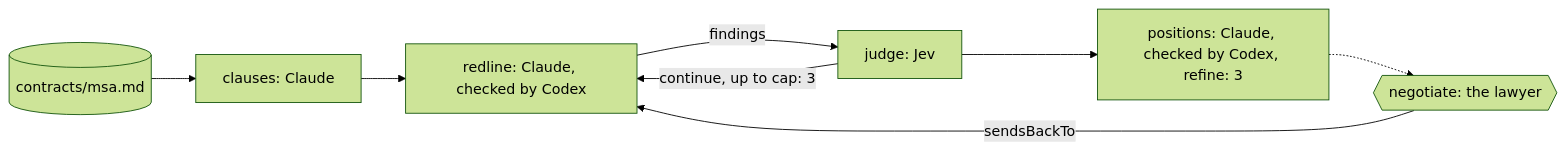
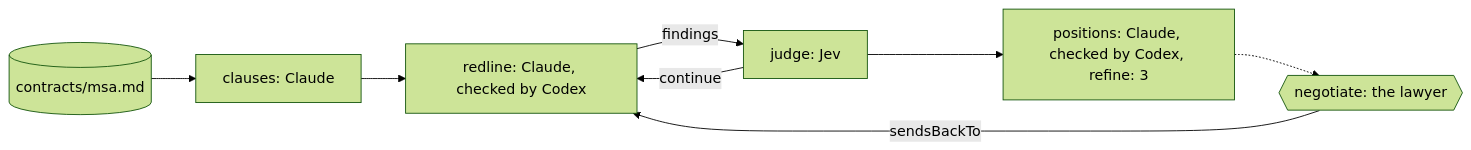
One commit to jonny981/obversa changed the diagram in docs/public/workflows/contract-playbook.mdx. Above: the diagram before and after it, drawn with Mermaid (forest theme). The commit also changed other lines of this file and 44 other files, not shown here.

````diff
--- a/docs/public/workflows/contract-playbook.mdx
+++ b/docs/public/workflows/contract-playbook.mdx
@@ -331,10 +332,10 @@
 ```mermaid
 flowchart LR
   msa[("contracts/msa.md")] --> clauses["clauses: Claude"]
   clauses --> redline["redline: Claude, checked by Codex"]
   redline -->|findings| judge["judge: Jev"]
-  judge -->|"continue, up to cap: 3"| redline
+  judge -->|continue| redline
   judge --> positions["positions: Claude, checked by Codex, refine: 3"]
   positions -.-> negotiate{{"negotiate: the lawyer"}}
   negotiate -->|sendsBackTo| redline
 ```
````
